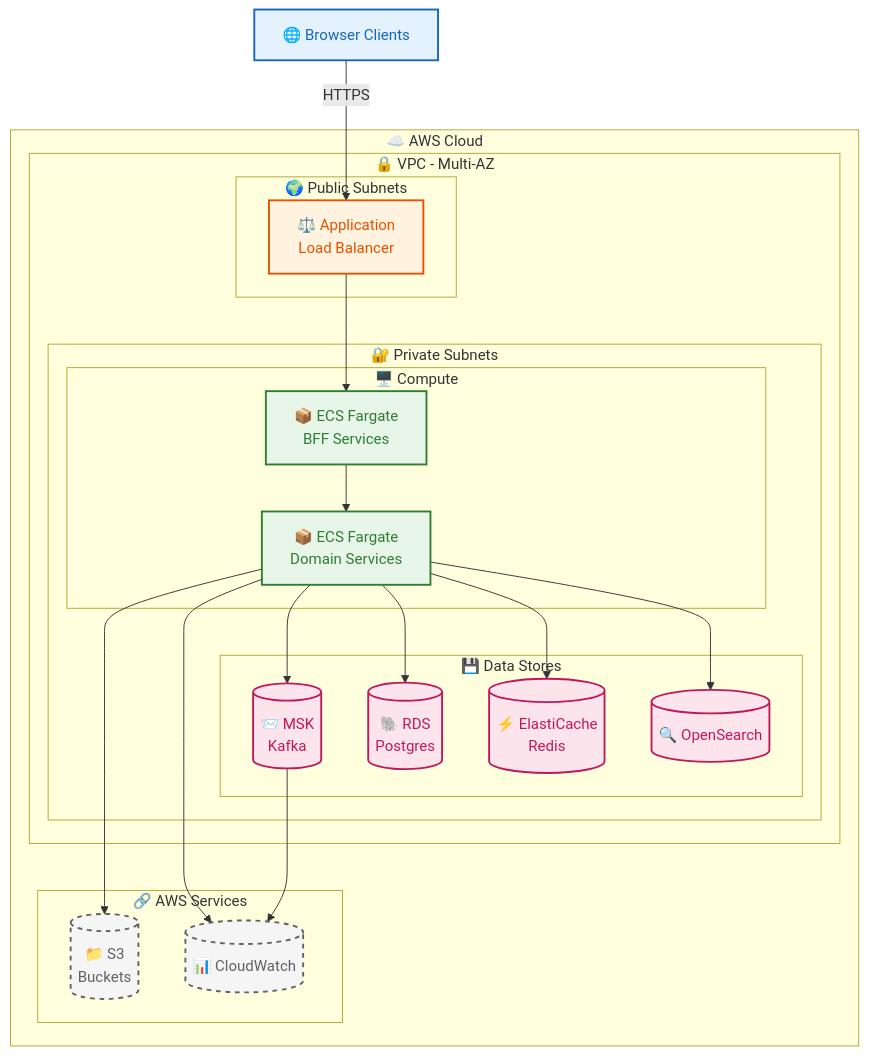
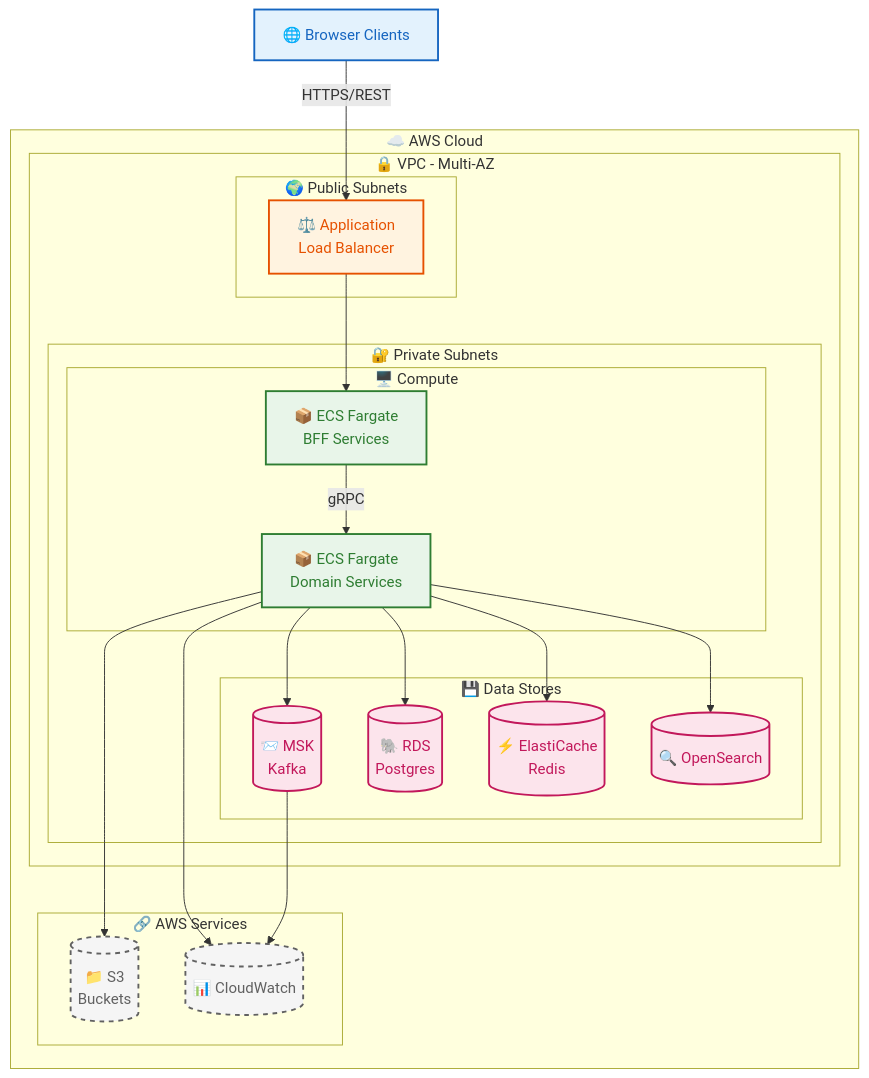
Before and after one commit to oladejiayo/Orion: the second of 4 diagrams in PRD.md, drawn with Mermaid. The commit also changed other lines of this file and 1 other file, not shown here.

First line of the commit message:
feat: introduce gRPC for internal service communication

````diff
--- a/PRD.md
+++ b/PRD.md
@@ -914,50 +1023,50 @@
 ```mermaid
 flowchart TB
   User["🌐 Browser Clients"]:::userStyle
 
   subgraph AWS[" ☁️ AWS Cloud"]
     subgraph VPC[" 🔒 VPC - Multi-AZ"]
       subgraph public[" 🌍 Public Subnets"]
         ALB["⚖️ Application\nLoad Balancer"]
       end
 
       subgraph private[" 🔐 Private Subnets"]
         subgraph compute[" 🖥️ Compute"]
           ECS_BFF["📦 ECS Fargate\nBFF Services"]
           ECS_SVCS["📦 ECS Fargate\nDomain Services"]
         end
 
         subgraph datastores[" 💾 Data Stores"]
           MSK[("📨 MSK\nKafka")]
           RDS[("🐘 RDS\nPostgres")]
           REDIS[("⚡ ElastiCache\nRedis")]
           OS[("🔍 OpenSearch")]
         end
       end
     end
 
     subgraph external[" 🔗 AWS Services"]
       S3[("📁 S3\nBuckets")]
       CW[("📊 CloudWatch")]
     end
   end
 
-  User -->|HTTPS| ALB
+  User -->|HTTPS/REST| ALB
   ALB --> ECS_BFF
-  ECS_BFF --> ECS_SVCS
+  ECS_BFF -->|gRPC| ECS_SVCS
   ECS_SVCS --> MSK & RDS & REDIS & OS
   ECS_SVCS --> S3 & CW
   MSK --> CW
 
   classDef userStyle fill:#e3f2fd,stroke:#1565c0,stroke-width:2px,color:#1565c0
   classDef lbStyle fill:#fff3e0,stroke:#e65100,stroke-width:2px,color:#e65100
   classDef computeStyle fill:#e8f5e9,stroke:#2e7d32,stroke-width:2px,color:#2e7d32
   classDef dataStyle fill:#fce4ec,stroke:#c2185b,stroke-width:2px,color:#c2185b
   classDef extStyle fill:#f5f5f5,stroke:#616161,stroke-width:2px,stroke-dasharray:5,5,color:#616161
 
   class User userStyle
   class ALB lbStyle
   class ECS_BFF,ECS_SVCS computeStyle
   class MSK,RDS,REDIS,OS dataStyle
   class S3,CW extStyle
 ```
````
